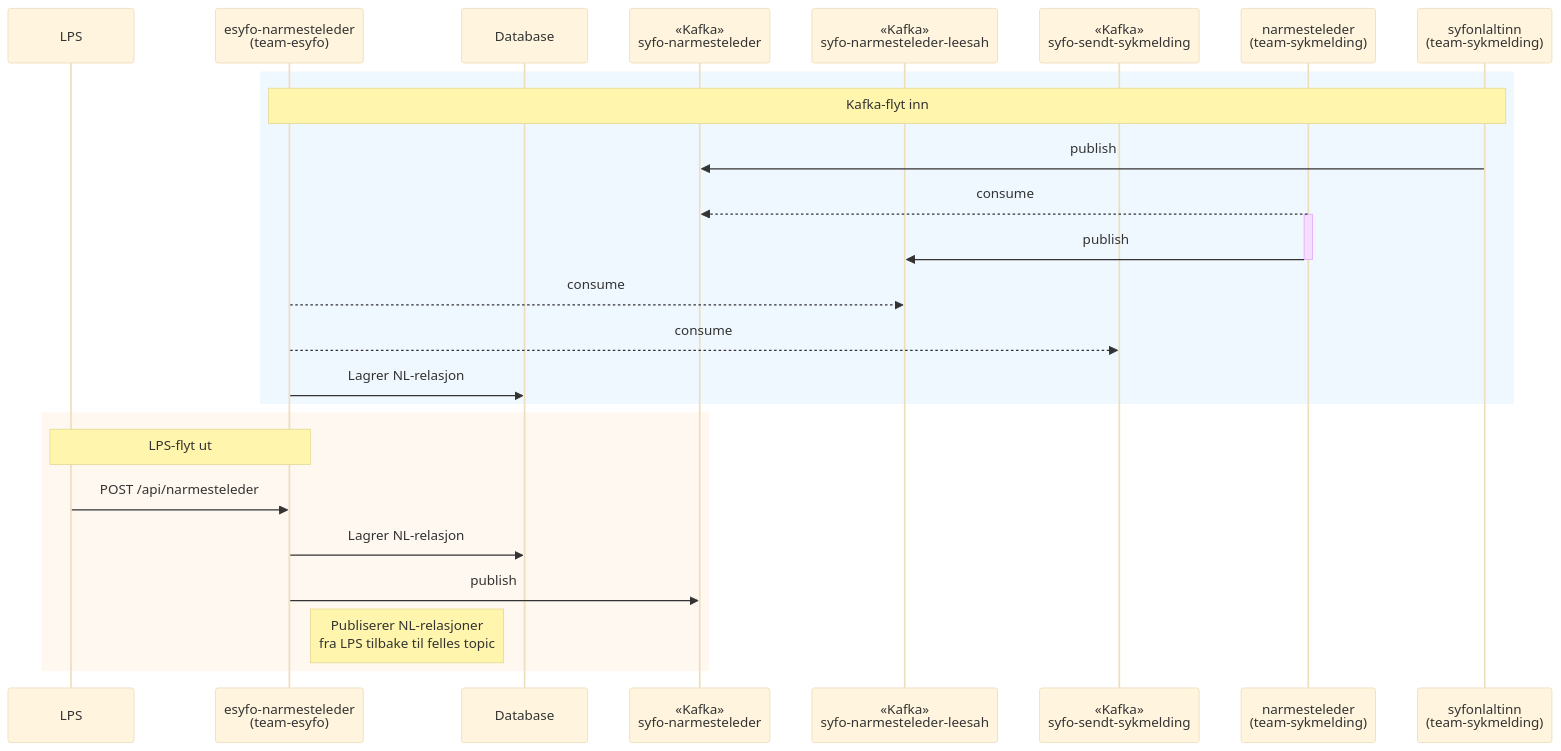
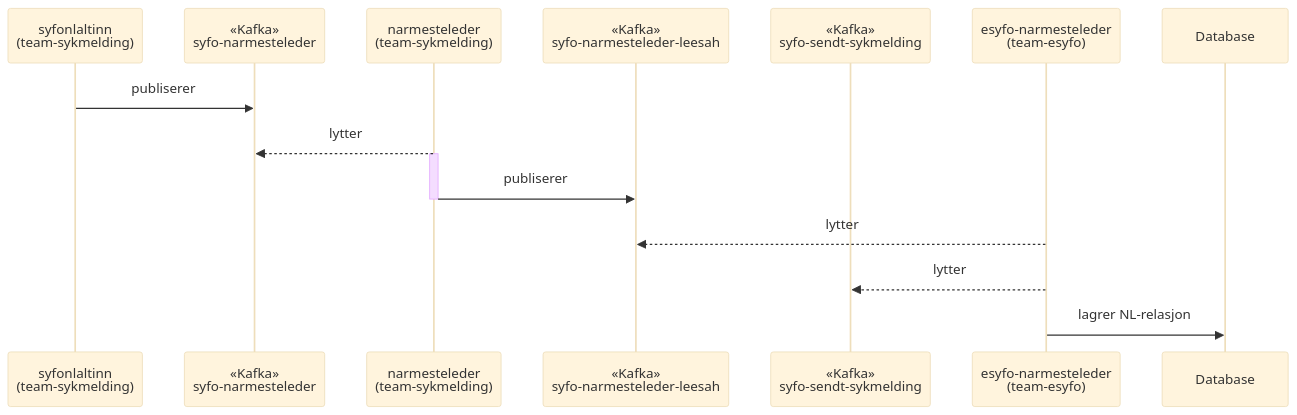
The first of 2 diagrams in docs/omrader/narmeste-leder/teknisk.md (navikt/team-esyfo), drawn with Mermaid (base theme) before and after one commit. The commit also changed other lines of this file and 6 other files, not shown here.

````diff
--- a/docs/omrader/narmeste-leder/teknisk.md
+++ b/docs/omrader/narmeste-leder/teknisk.md
@@ -11,33 +13,19 @@
 ```mermaid
 sequenceDiagram
-    participant LPS as LPS
-    participant esyfo as esyfo-narmesteleder<br/>(team-esyfo)
-    participant DB as Database
+    participant altinn as syfonlaltinn<br/>(team-sykmelding)
     participant t_nl as «Kafka»<br/>syfo-narmesteleder
+    participant nl as narmesteleder<br/>(team-sykmelding)
     participant t_leesah as «Kafka»<br/>syfo-narmesteleder-leesah
     participant t_sm as «Kafka»<br/>syfo-sendt-sykmelding
-    participant nl as narmesteleder<br/>(team-sykmelding)
-    participant altinn as syfonlaltinn<br/>(team-sykmelding)
+    participant esyfo as esyfo-narmesteleder<br/>(team-esyfo)
+    participant db as Database
 
-    rect rgb(240, 248, 255)
-    Note over altinn,esyfo: Kafka-flyt inn
-
-    altinn->>t_nl: publish
-    nl-->>t_nl: consume
+    altinn->>t_nl: publiserer
+    nl-->>t_nl: lytter
     activate nl
-    nl->>t_leesah: publish
+    nl->>t_leesah: publiserer
     deactivate nl
-    esyfo-->>t_leesah: consume
-    esyfo-->>t_sm: consume
-    esyfo->>DB: Lagrer NL-relasjon
-    end
-
-    rect rgb(255, 248, 240)
-    Note over LPS,esyfo: LPS-flyt ut
-
-    LPS->>esyfo: POST /api/narmesteleder
-    esyfo->>DB: Lagrer NL-relasjon
-    esyfo->>t_nl: publish
-    Note right of esyfo: Publiserer NL-relasjoner<br/>fra LPS tilbake til felles topic
-    end
+    esyfo-->>t_leesah: lytter
+    esyfo-->>t_sm: lytter
+    esyfo->>db: lagrer NL-relasjon
 ```
````
